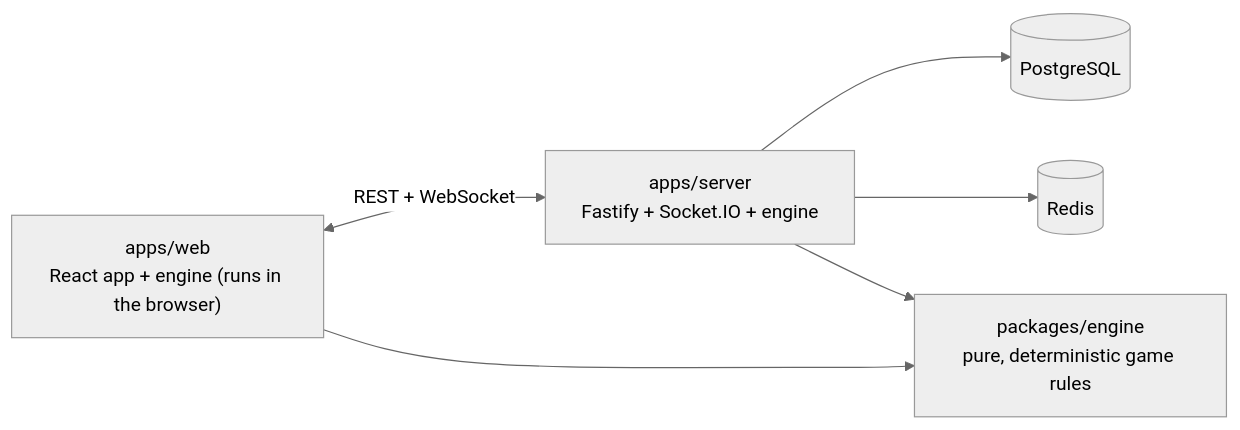
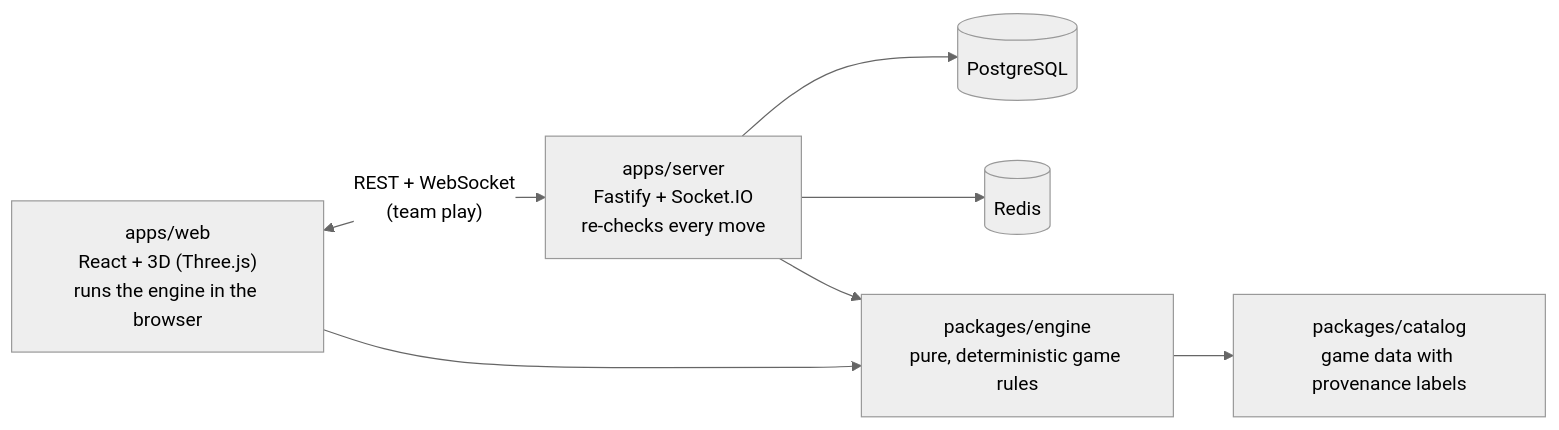
The diagram in README.md (KANISHQ09/Team-Gravity), drawn with Mermaid (neutral theme) before and after one commit. The commit also changed other lines of this file and 39 other files, not shown here.

````diff
--- a/README.md
+++ b/README.md
@@ -45,8 +163,9 @@
 ```mermaid
 flowchart LR
-  WEB["apps/web<br/>React app + engine (runs in the browser)"] <-->|"REST + WebSocket"| SRV["apps/server<br/>Fastify + Socket.IO + engine"]
+  WEB["apps/web<br/>React + 3D (Three.js)<br/>runs the engine in the browser"] <-->|"REST + WebSocket<br/>(team play)"| SRV["apps/server<br/>Fastify + Socket.IO<br/>re-checks every move"]
   SRV --> PG[("PostgreSQL")]
   SRV --> RD[("Redis")]
   WEB --> ENG["packages/engine<br/>pure, deterministic game rules"]
   SRV --> ENG
+  ENG --> CAT["packages/catalog<br/>game data with provenance labels"]
 ```
````
